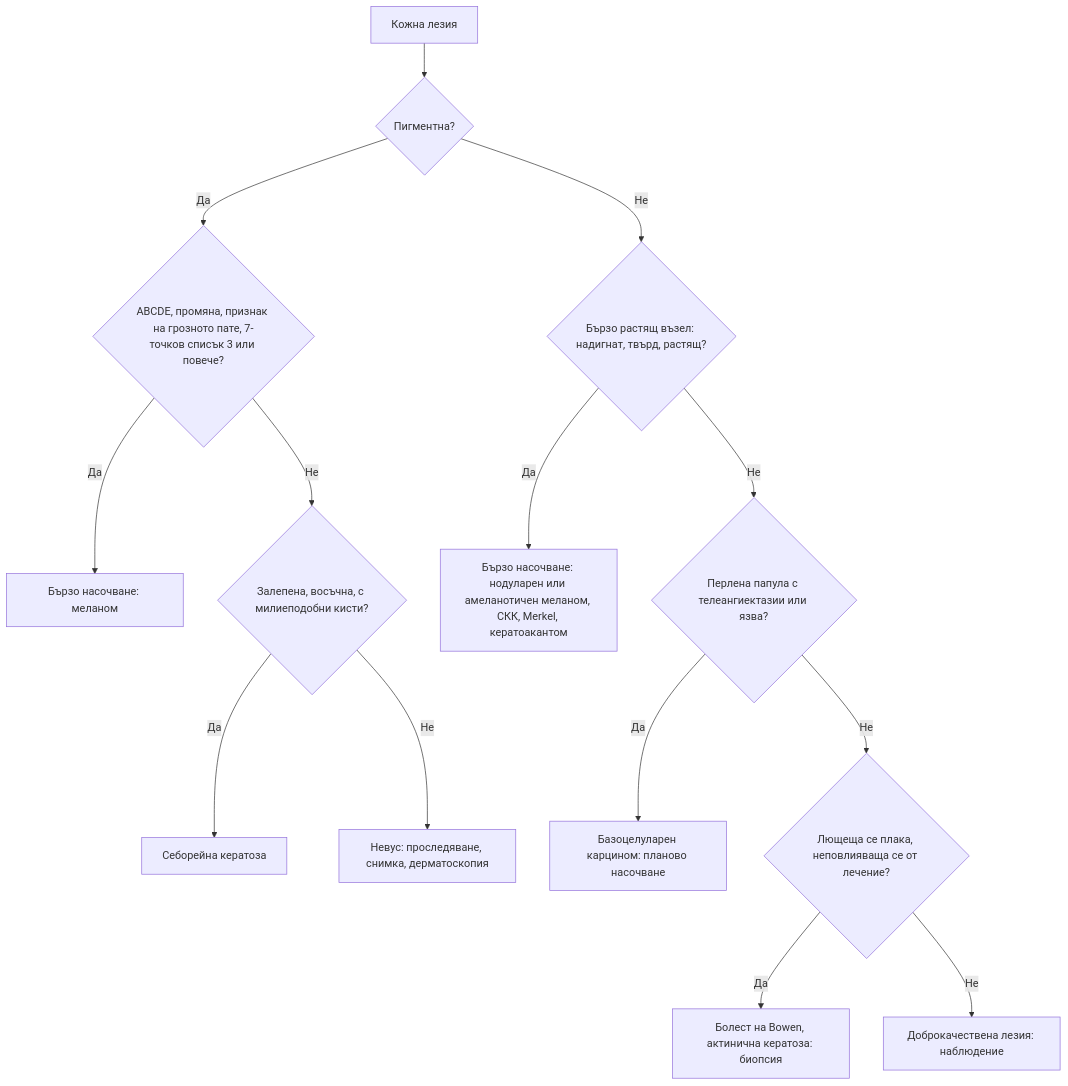
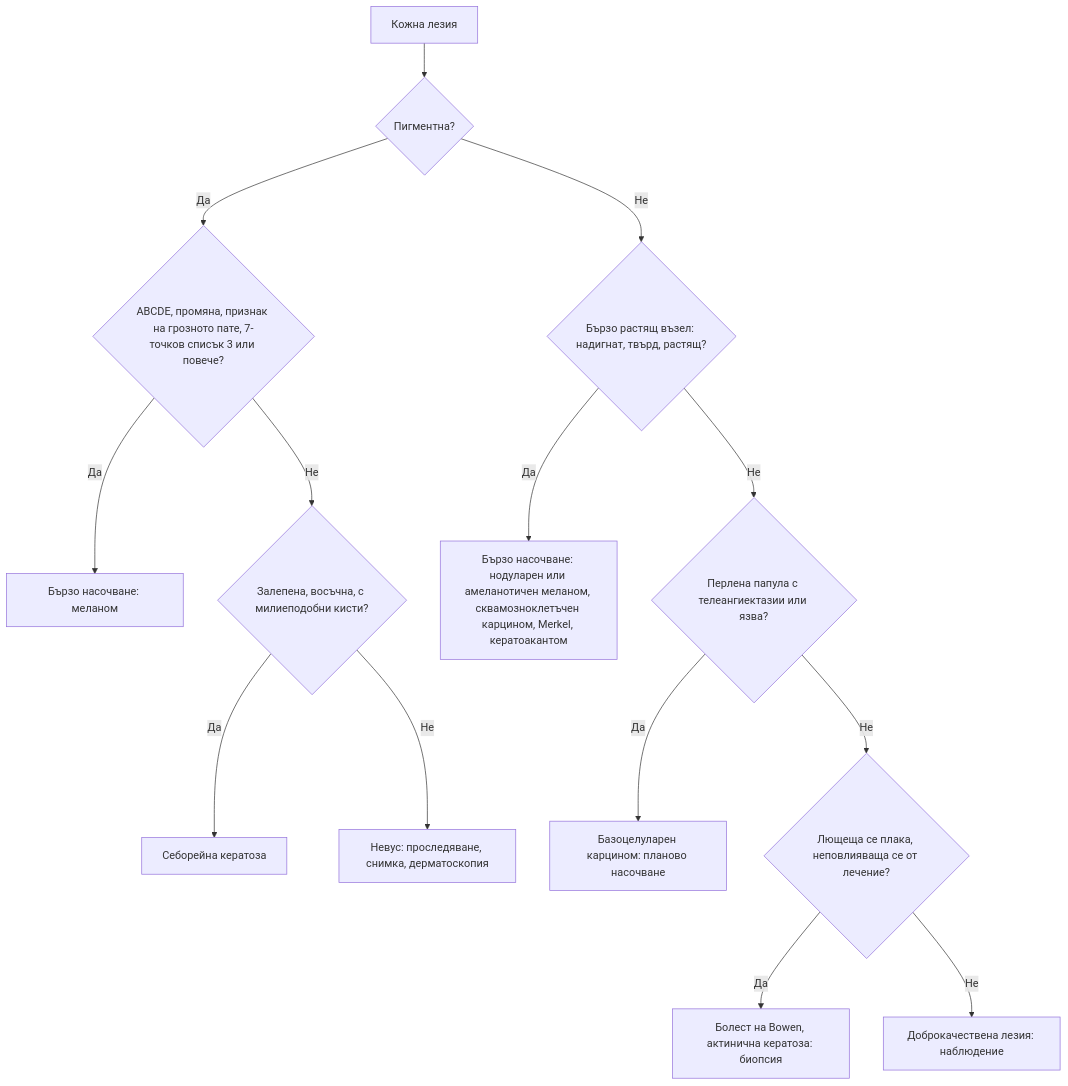
The diagram in glavi/57-pigmentni-lezii.md (yancho26/yancho), drawn with Mermaid before and after one commit. The commit also changed 46 other files, not shown here.

````diff
--- a/glavi/57-pigmentni-lezii.md
+++ b/glavi/57-pigmentni-lezii.md
@@ -164,16 +164,16 @@
 ```mermaid
 flowchart TD
     A["Кожна лезия"] --> B{"Пигментна?"}
     B -->|Да| C{"ABCDE, промяна, признак на грозното пате, 7-точков списък 3 или повече?"}
     C -->|Да| D["Бързо насочване: меланом"]
     C -->|Не| E{"Залепена, восъчна, с милиеподобни кисти?"}
     E -->|Да| F["Себорейна кератоза"]
     E -->|Не| G["Невус: проследяване, снимка, дерматоскопия"]
     B -->|Не| H{"Бързо растящ възел: надигнат, твърд, растящ?"}
-    H -->|Да| I["Бързо насочване: нодуларен или амеланотичен меланом, СКК, Merkel, кератоакантом"]
+    H -->|Да| I["Бързо насочване: нодуларен или амеланотичен меланом, сквамозноклетъчен карцином, Merkel, кератоакантом"]
     H -->|Не| J{"Перлена папула с телеангиектазии или язва?"}
     J -->|Да| K["Базоцелуларен карцином: планово насочване"]
     J -->|Не| L{"Лющеща се плака, неповлияваща се от лечение?"}
     L -->|Да| M["Болест на Bowen, актинична кератоза: биопсия"]
     L -->|Не| N["Доброкачествена лезия: наблюдение"]
 ```
````
